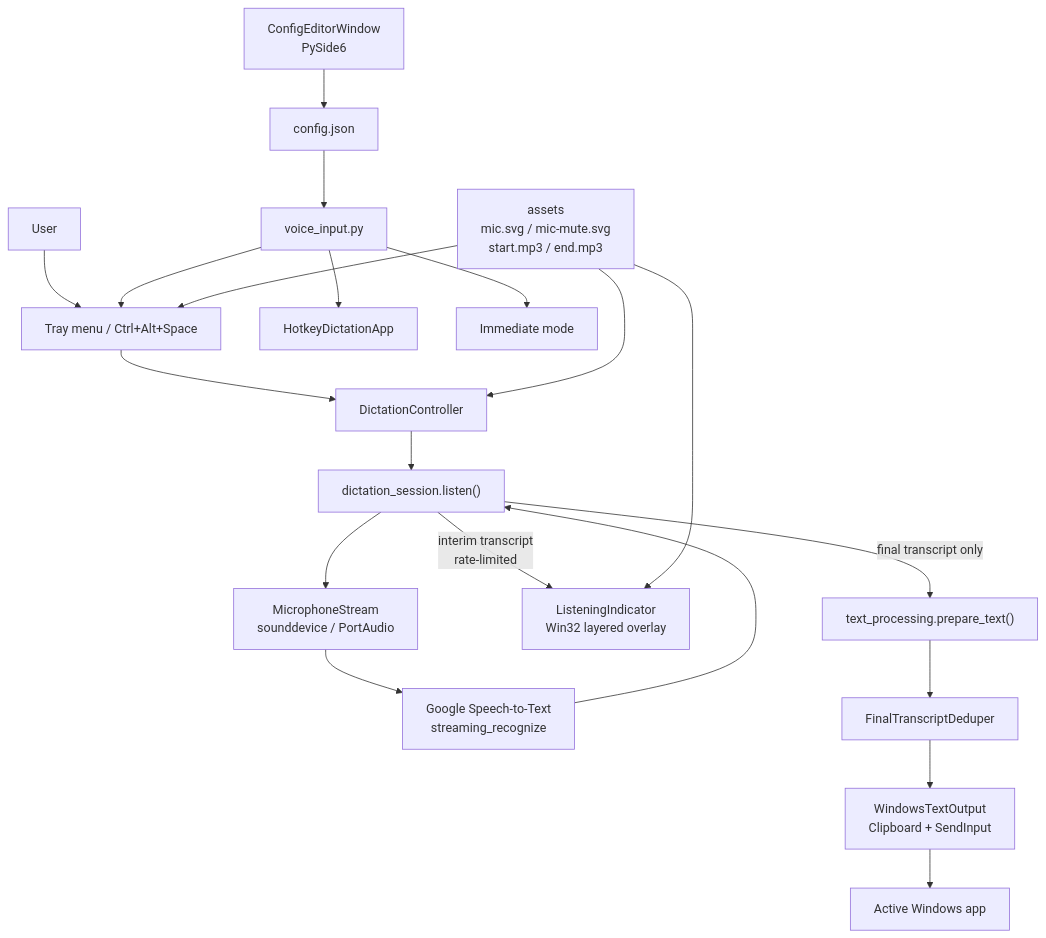
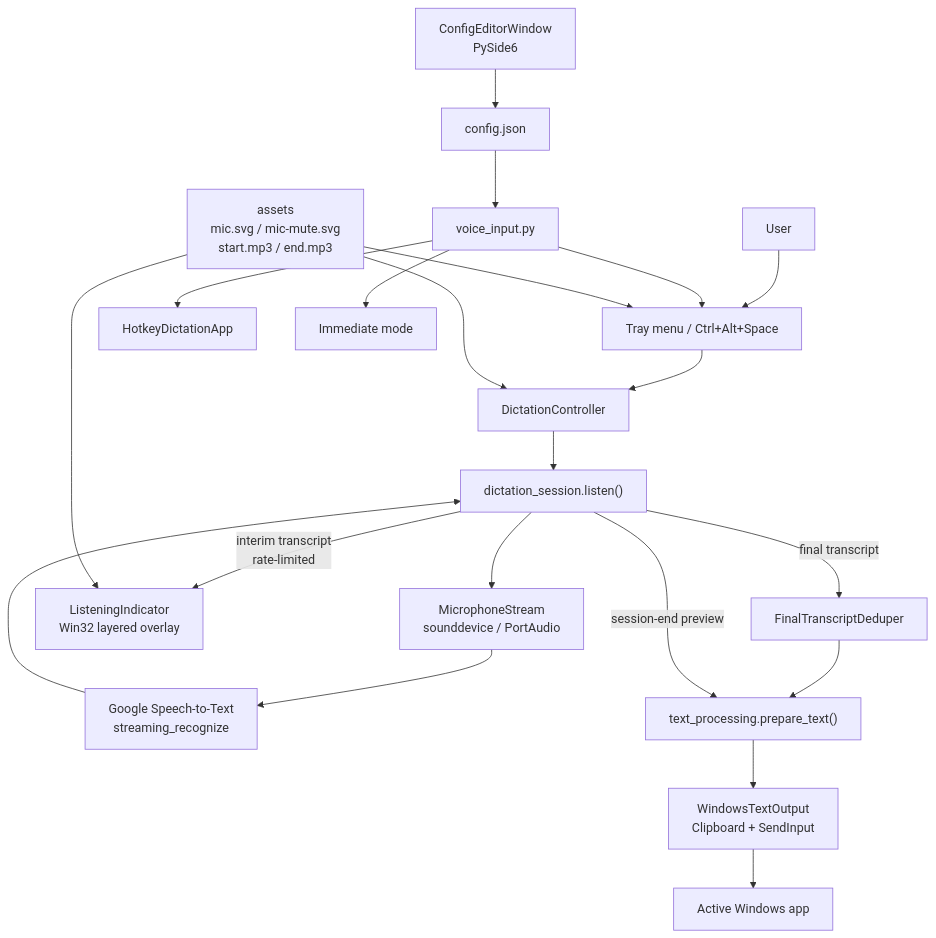
The first of 6 diagrams in docs/TECHNICAL_DOCUMENTATION.md (cocomine/win-voice-input), drawn with Mermaid before and after one commit. The commit also changed other lines of this file and 8 other files, not shown here.

Commit message:
feat: add session-end preview paste option for non-final transcripts

````diff
--- a/docs/TECHNICAL_DOCUMENTATION.md
+++ b/docs/TECHNICAL_DOCUMENTATION.md
@@ -22,25 +22,26 @@
 ```mermaid
 flowchart TB
     User["User"] --> Tray["Tray menu / Ctrl+Alt+Space"]
     Tray --> Controller["DictationController"]
     Controller --> Session["dictation_session.listen()"]
     Session --> Mic["MicrophoneStream<br/>sounddevice / PortAudio"]
     Mic --> Google["Google Speech-to-Text<br/>streaming_recognize"]
     Google --> Session
 
     Session -- "interim transcript<br/>rate-limited" --> Indicator["ListeningIndicator<br/>Win32 layered overlay"]
-    Session -- "final transcript only" --> Processing["text_processing.prepare_text()"]
-    Processing --> Deduper["FinalTranscriptDeduper"]
-    Deduper --> Output["WindowsTextOutput<br/>Clipboard + SendInput"]
+    Session -- "final transcript" --> Deduper["FinalTranscriptDeduper"]
+    Deduper --> Processing["text_processing.prepare_text()"]
+    Session -- "session-end preview" --> Processing
+    Processing --> Output["WindowsTextOutput<br/>Clipboard + SendInput"]
     Output --> ActiveApp["Active Windows app"]
 
     Settings["ConfigEditorWindow<br/>PySide6"] --> Config["config.json"]
     Config --> Entry["voice_input.py"]
     Entry --> Tray
     Entry --> Hotkey["HotkeyDictationApp"]
     Entry --> Immediate["Immediate mode"]
 
     Assets["assets<br/>mic.svg / mic-mute.svg<br/>start.mp3 / end.mp3"] --> Tray
     Assets --> Controller
     Assets --> Indicator
 ```
````
